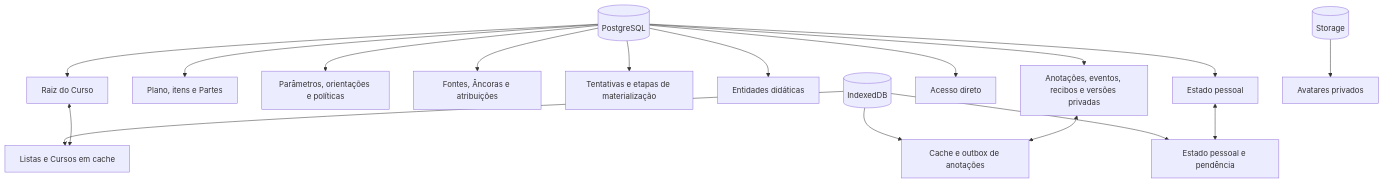
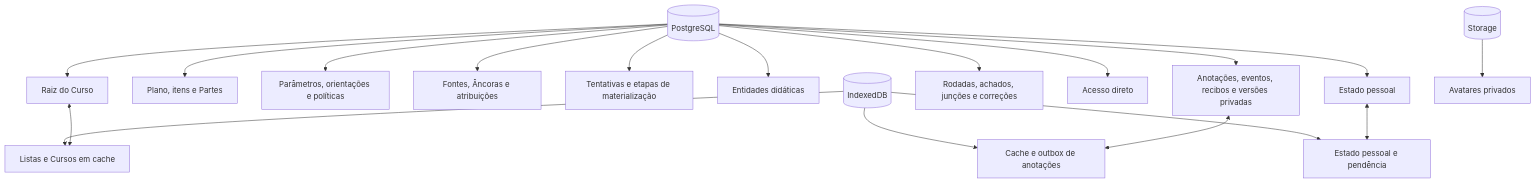
The diagram in docs/persistencia-relacional.md (fabio-ara/AraLearn), drawn with Mermaid before and after one commit. The commit also changed other lines of this file and 69 other files, not shown here.

````diff
--- a/docs/persistencia-relacional.md
+++ b/docs/persistencia-relacional.md
@@ -31,19 +34,20 @@
 ```mermaid
 flowchart TD
     PG[(PostgreSQL)] --> C[Raiz do Curso]
     PG --> PL[Plano, itens e Partes]
     PG --> D[Parâmetros, orientações e políticas]
     PG --> F[Fontes, Âncoras e atribuições]
     PG --> MT[Tentativas e etapas de materialização]
     PG --> E[Entidades didáticas]
     PG --> AN[Anotações, eventos, recibos e versões privadas]
+    PG --> AU[Rodadas, achados, junções e correções]
     PG --> A[Acesso direto]
     PG --> P[Estado pessoal]
     IDB[(IndexedDB)] --> L[Listas e Cursos em cache]
     IDB --> Q[Estado pessoal e pendência]
     IDB --> AO[Cache e outbox de anotações]
     ST[(Storage)] --> AV[Avatares privados]
     C <--> L
     P <--> Q
     AN <--> AO
 ```
````
